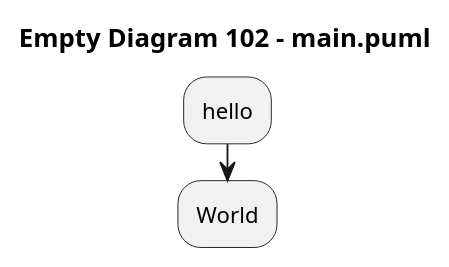
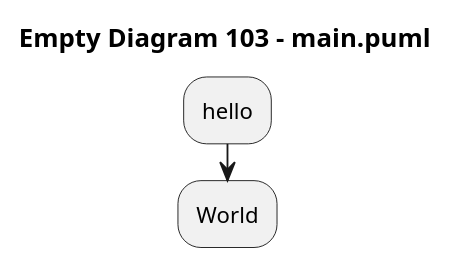
The diagram in main.puml (arwenvaughan/test1), drawn with PlantUML before and after one commit.

Commit message:
PlantText Commit: .

```diff
--- a/main.puml
+++ b/main.puml
@@ -1,7 +1,7 @@
 @startuml
 
-title Empty Diagram 102 - main.puml
+title Empty Diagram 103 - main.puml
 :hello;
 :World;
 
 @enduml
```
